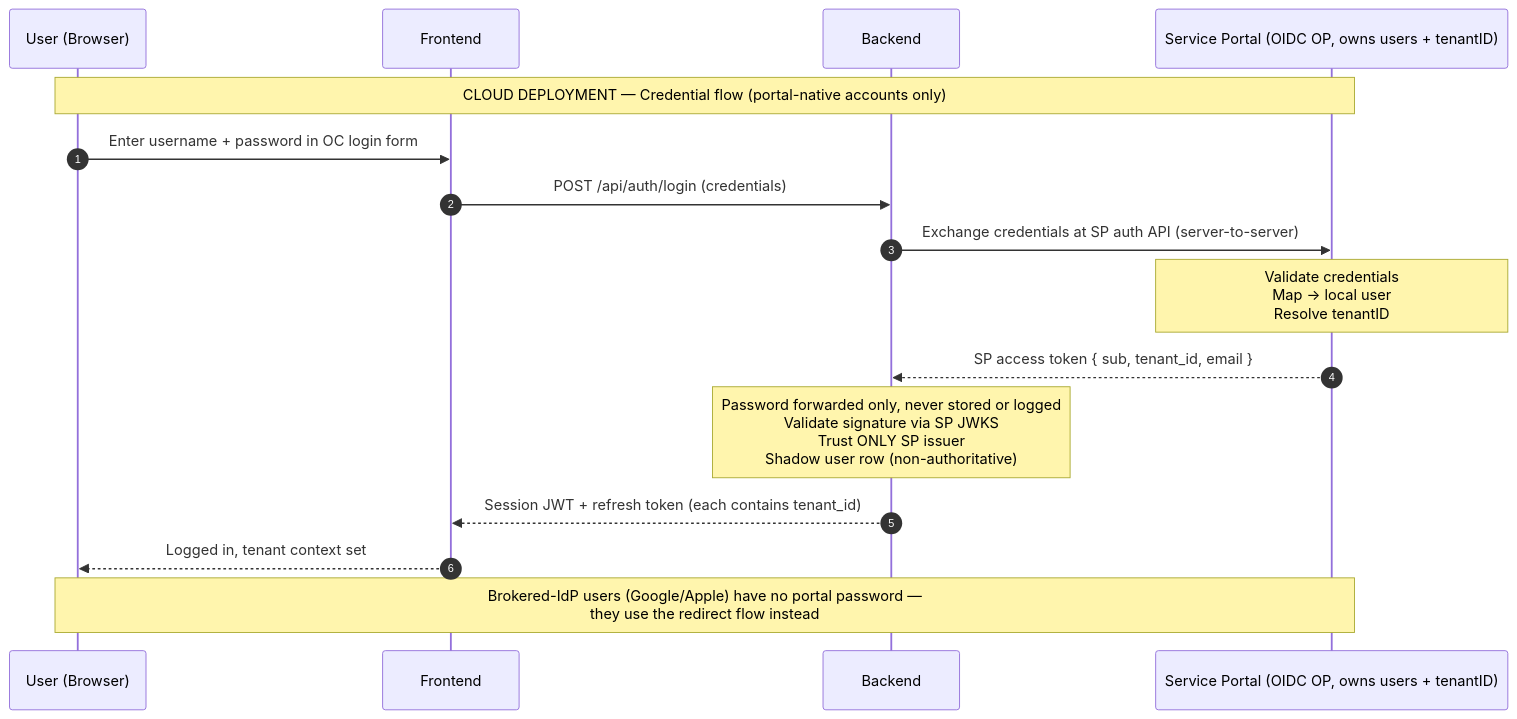
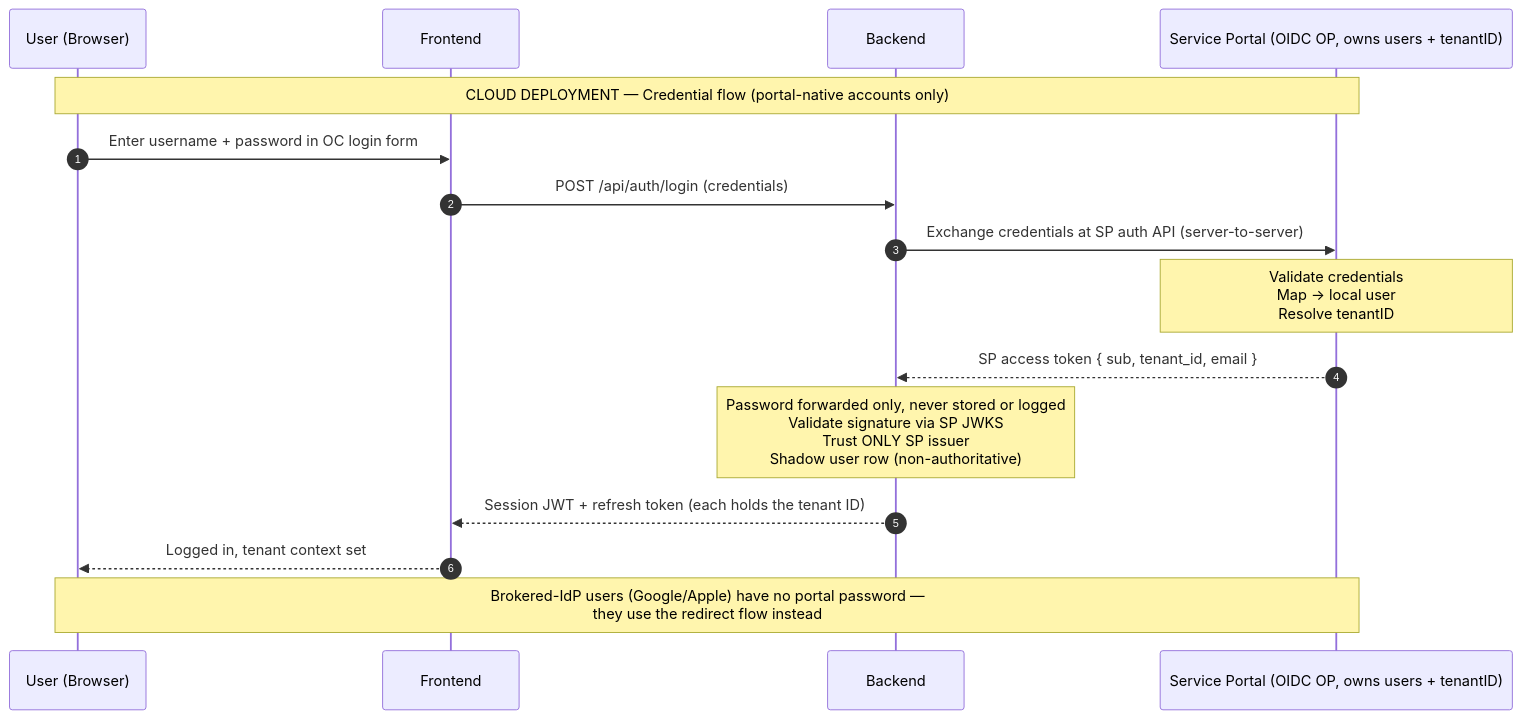
The third of 3 diagrams in src/backend/docs/security/README.md (opencelium/opencelium), drawn with Mermaid before and after one commit. The commit also changed other lines of this file and 2 other files, not shown here.

````diff
--- a/src/backend/docs/security/README.md
+++ b/src/backend/docs/security/README.md
@@ -73,21 +73,21 @@
 ```mermaid
 sequenceDiagram
     autonumber
     participant U as User (Browser)
     participant FE as Frontend
     participant BE as Backend
     participant SP as Service Portal (OIDC OP, owns users + tenantID)
 
     Note over U,SP: CLOUD DEPLOYMENT — Credential flow (portal-native accounts only)
 
     U->>FE: Enter username + password in OC login form
     FE->>BE: POST /api/auth/login (credentials)
     BE->>SP: Exchange credentials at SP auth API (server-to-server)
     Note over SP: Validate credentials<br/>Map → local user<br/>Resolve tenantID
     SP-->>BE: SP access token { sub, tenant_id, email }
     Note over BE: Password forwarded only, never stored or logged<br/>Validate signature via SP JWKS<br/>Trust ONLY SP issuer<br/>Shadow user row (non-authoritative)
-    BE-->>FE: Session JWT + refresh token (each contains tenant_id)
+    BE-->>FE: Session JWT + refresh token (each holds the tenant ID)
     FE-->>U: Logged in, tenant context set
 
     Note over U,SP: Brokered-IdP users (Google/Apple) have no portal password —<br/>they use the redirect flow instead
 ```
````
